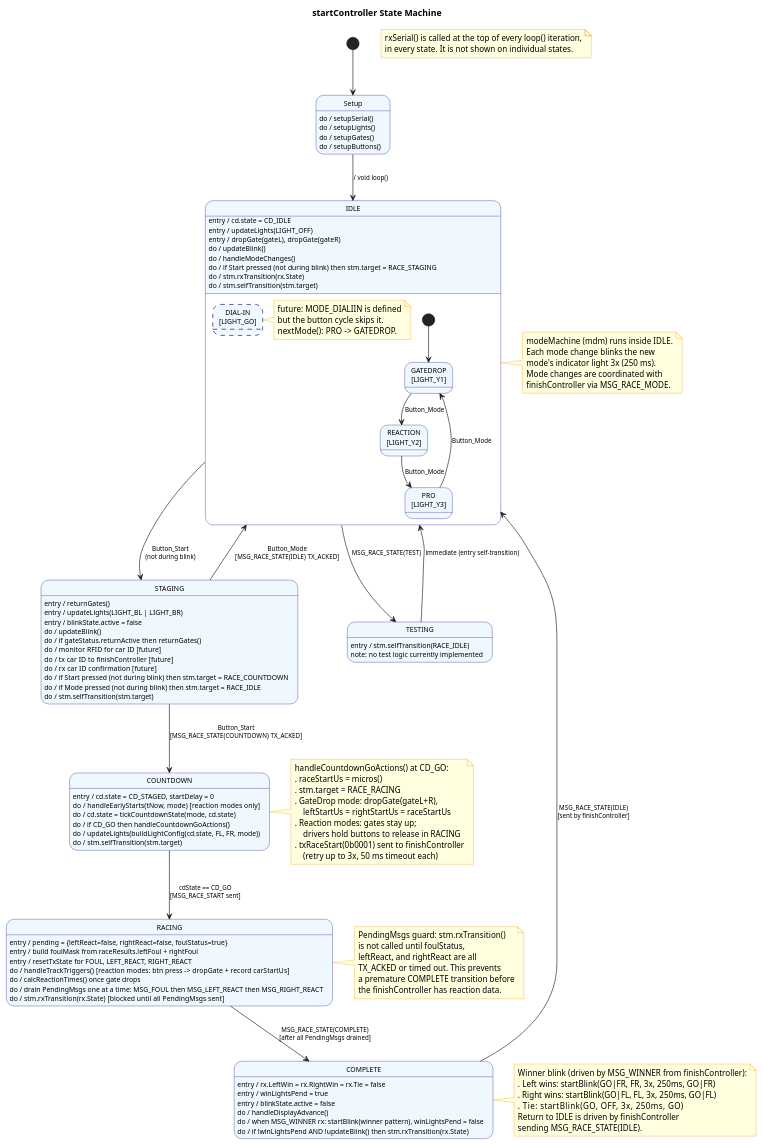
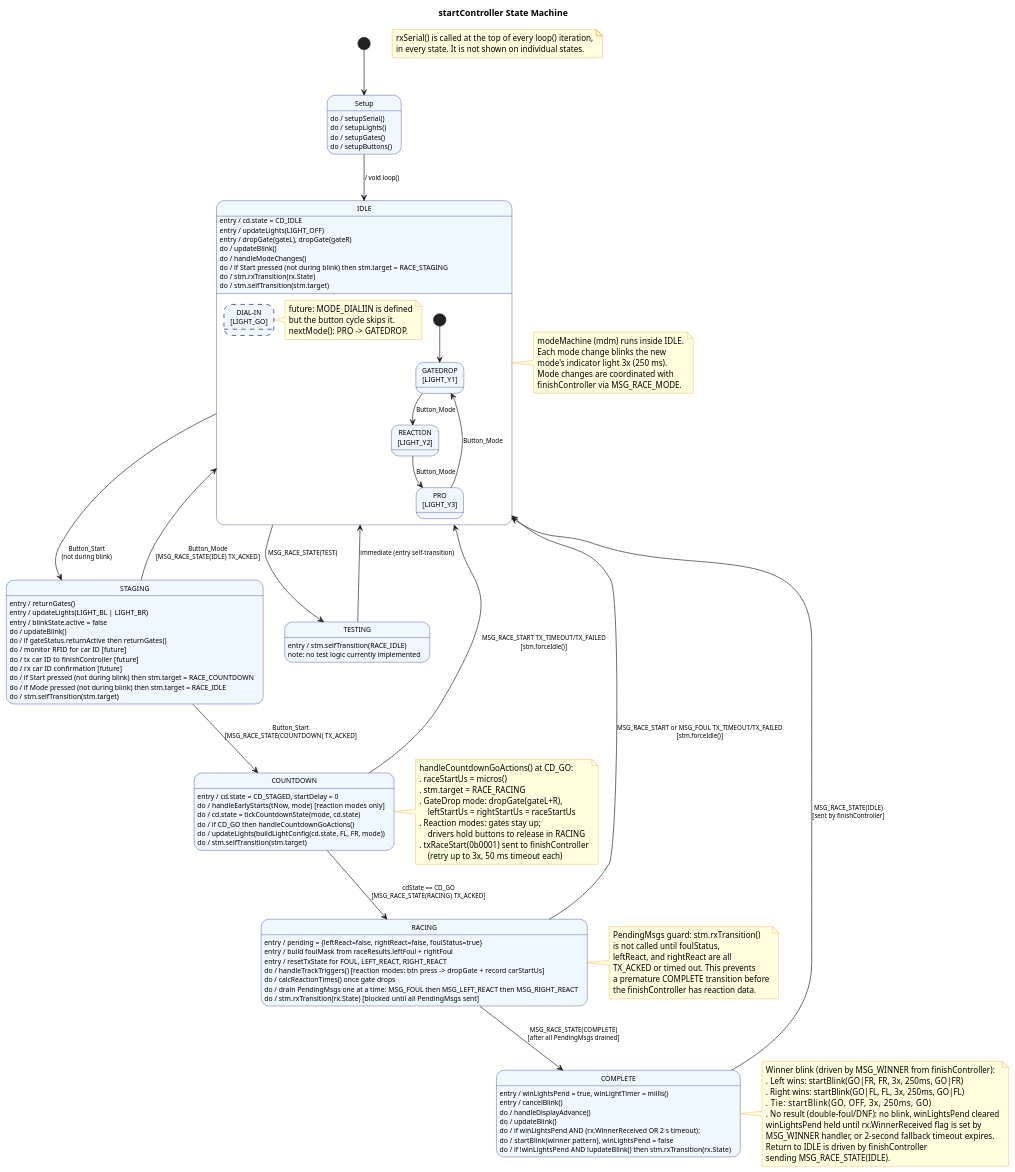
One commit to dgschaaf/DerbyTimer changed the diagram in docs/PlantUML/stm_startController.puml. Above: the diagram before and after it, drawn with PlantUML. The commit also changed 3 other files, not shown here.

Commit message:
update uml diagrams and documentation

```diff
--- a/docs/PlantUML/stm_startController.puml
+++ b/docs/PlantUML/stm_startController.puml
@@ -1,179 +1,185 @@
 @startuml startController_STM
 skinparam state {
   BackgroundColor AliceBlue
   BorderColor Navy
   FontSize 11
   ArrowFontSize 10
 }
 skinparam noteBackgroundColor LightYellow
 skinparam noteBorderColor DarkOrange
 
 title startController State Machine
 
 note as N_RX
   rxSerial() is called at the top of every loop() iteration,
   in every state. It is not shown on individual states.
 end note
 
 [*] --> Setup
 
 ' ============================================================
 ' SETUP
 ' ============================================================
 state "Setup" as Setup {
   Setup : do / setupSerial()
   Setup : do / setupLights()
   Setup : do / setupGates()
   Setup : do / setupButtons()
 }
 
 Setup --> IDLE : / void loop()
 
 ' ============================================================
 ' IDLE  (composite: raceMode sub-states managed by modeMachine)
 ' ============================================================
 state "IDLE" as IDLE {
   IDLE : entry / cd.state = CD_IDLE
   IDLE : entry / updateLights(LIGHT_OFF)
   IDLE : entry / dropGate(gateL), dropGate(gateR)
   IDLE : do / updateBlink()
   IDLE : do / handleModeChanges()
   IDLE : do / if Start pressed (not during blink) then stm.target = RACE_STAGING
   IDLE : do / stm.rxTransition(rx.State)
   IDLE : do / stm.selfTransition(stm.target)
 
   state "GATEDROP\n[LIGHT_Y1]" as M_GD
   state "REACTION\n[LIGHT_Y2]"  as M_RE
   state "PRO\n[LIGHT_Y3]"       as M_PR
   state "DIAL-IN\n[LIGHT_GO]"   as M_DI #line.dashed
 
   note right of M_DI
     future: MODE_DIALIIN is defined
     but the button cycle skips it.
     nextMode(): PRO -> GATEDROP.
   end note
 
   [*]   --> M_GD
   M_GD --> M_RE : Button_Mode
   M_RE --> M_PR : Button_Mode
   M_PR --> M_GD : Button_Mode
 }
 
 note right of IDLE
   modeMachine (mdm) runs inside IDLE.
   Each mode change blinks the new
   mode's indicator light 3x (250 ms).
   Mode changes are coordinated with
   finishController via MSG_RACE_MODE.
 end note
 
 ' ============================================================
 ' STAGING
 ' ============================================================
 state "STAGING" as STAGING {
   STAGING : entry / returnGates()
   STAGING : entry / updateLights(LIGHT_BL | LIGHT_BR)
   STAGING : entry / blinkState.active = false
   STAGING : do / updateBlink()
   STAGING : do / if gateStatus.returnActive then returnGates()
   STAGING : do / monitor RFID for car ID  [future]
   STAGING : do / tx car ID to finishController  [future]
   STAGING : do / rx car ID confirmation  [future]
   STAGING : do / if Start pressed (not during blink) then stm.target = RACE_COUNTDOWN
   STAGING : do / if Mode pressed (not during blink) then stm.target = RACE_IDLE
   STAGING : do / stm.selfTransition(stm.target)
 }
 
 ' ============================================================
 ' COUNTDOWN
 ' ============================================================
 state "COUNTDOWN" as COUNTDOWN {
   COUNTDOWN : entry / cd.state = CD_STAGED, startDelay = 0
   COUNTDOWN : do / handleEarlyStarts(tNow, mode)  [reaction modes only]
   COUNTDOWN : do / cd.state = tickCountdownState(mode, cd.state)
   COUNTDOWN : do / if CD_GO then handleCountdownGoActions()
   COUNTDOWN : do / updateLights(buildLightConfig(cd.state, FL, FR, mode))
   COUNTDOWN : do / stm.selfTransition(stm.target)
 }
 
 note right of COUNTDOWN
   handleCountdownGoActions() at CD_GO:
   . raceStartUs = micros()
   . stm.target = RACE_RACING
   . GateDrop mode: dropGate(gateL+R),
       leftStartUs = rightStartUs = raceStartUs
   . Reaction modes: gates stay up;
       drivers hold buttons to release in RACING
   . txRaceStart(0b0001) sent to finishController
       (retry up to 3x, 50 ms timeout each)
 end note
 
 ' ============================================================
 ' RACING
 ' ============================================================
 state "RACING" as RACING {
   RACING : entry / pending = {leftReact=false, rightReact=false, foulStatus=true}
   RACING : entry / build foulMask from raceResults.leftFoul + rightFoul
   RACING : entry / resetTxState for FOUL, LEFT_REACT, RIGHT_REACT
   RACING : do / handleTrackTriggers()  [reaction modes: btn press -> dropGate + record carStartUs]
   RACING : do / calcReactionTimes() once gate drops
   RACING : do / drain PendingMsgs one at a time: MSG_FOUL then MSG_LEFT_REACT then MSG_RIGHT_REACT
   RACING : do / stm.rxTransition(rx.State)  [blocked until all PendingMsgs sent]
 }
 
 note right of RACING
   PendingMsgs guard: stm.rxTransition()
   is not called until foulStatus,
   leftReact, and rightReact are all
   TX_ACKED or timed out. This prevents
   a premature COMPLETE transition before
   the finishController has reaction data.
 end note
 
 ' ============================================================
 ' COMPLETE
 ' ============================================================
 state "COMPLETE" as COMPLETE {
-  COMPLETE : entry / rx.LeftWin = rx.RightWin = rx.Tie = false
-  COMPLETE : entry / winLightsPend = true
-  COMPLETE : entry / blinkState.active = false
+  COMPLETE : entry / winLightsPend = true, winLightTimer = millis()
+  COMPLETE : entry / cancelBlink()
   COMPLETE : do / handleDisplayAdvance()
-  COMPLETE : do / when MSG_WINNER rx: startBlink(winner pattern), winLightsPend = false
+  COMPLETE : do / updateBlink()
+  COMPLETE : do / if winLightsPend AND (rx.WinnerReceived OR 2 s timeout):
+  COMPLETE : do /   startBlink(winner pattern), winLightsPend = false
   COMPLETE : do / if !winLightsPend AND !updateBlink() then stm.rxTransition(rx.State)
 }
 
 note right of COMPLETE
   Winner blink (driven by MSG_WINNER from finishController):
   . Left wins:  startBlink(GO|FR, FR, 3x, 250ms, GO|FR)
   . Right wins: startBlink(GO|FL, FL, 3x, 250ms, GO|FL)
   . Tie:        startBlink(GO, OFF, 3x, 250ms, GO)
+  . No result (double-foul/DNF): no blink, winLightsPend cleared
+  winLightsPend held until rx.WinnerReceived flag is set by
+  MSG_WINNER handler, or 2-second fallback timeout expires.
   Return to IDLE is driven by finishController
   sending MSG_RACE_STATE(IDLE).
 end note
 
 ' ============================================================
 ' TESTING  (stub: immediately self-transitions to IDLE)
 ' ============================================================
 state "TESTING" as TESTING {
   TESTING : entry / stm.selfTransition(RACE_IDLE)
   TESTING : note: no test logic currently implemented
 }
 
 ' ============================================================
 ' TRANSITIONS
 ' ============================================================
 IDLE      --> STAGING   : Button_Start\n(not during blink)
 IDLE      --> TESTING   : MSG_RACE_STATE(TEST)
 
 STAGING   --> COUNTDOWN : Button_Start\n[MSG_RACE_STATE(COUNTDOWN) TX_ACKED]
 STAGING   --> IDLE      : Button_Mode\n[MSG_RACE_STATE(IDLE) TX_ACKED]
 
-COUNTDOWN --> RACING    : cdState == CD_GO\n[MSG_RACE_START sent]
+COUNTDOWN --> RACING    : cdState == CD_GO\n[MSG_RACE_STATE(RACING) TX_ACKED]
+COUNTDOWN --> IDLE      : MSG_RACE_START TX_TIMEOUT/TX_FAILED\n[stm.forceIdle()]
 
 RACING    --> COMPLETE  : MSG_RACE_STATE(COMPLETE)\n[after all PendingMsgs drained]
+RACING    --> IDLE      : MSG_RACE_START or MSG_FOUL TX_TIMEOUT/TX_FAILED\n[stm.forceIdle()]
 
 COMPLETE  --> IDLE      : MSG_RACE_STATE(IDLE)\n[sent by finishController]
 
 TESTING   --> IDLE      : immediate (entry self-transition)
 
 @enduml
```
